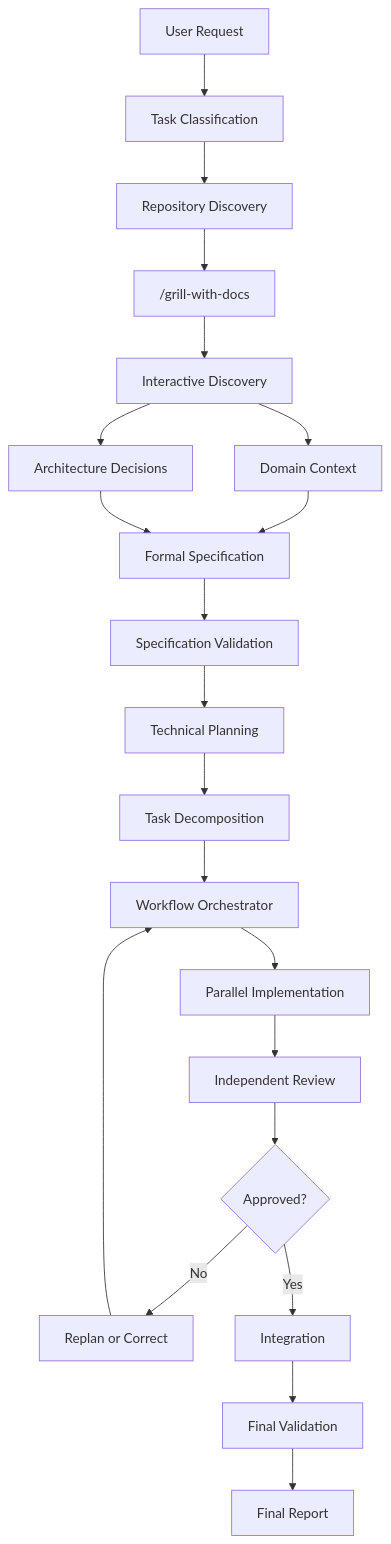
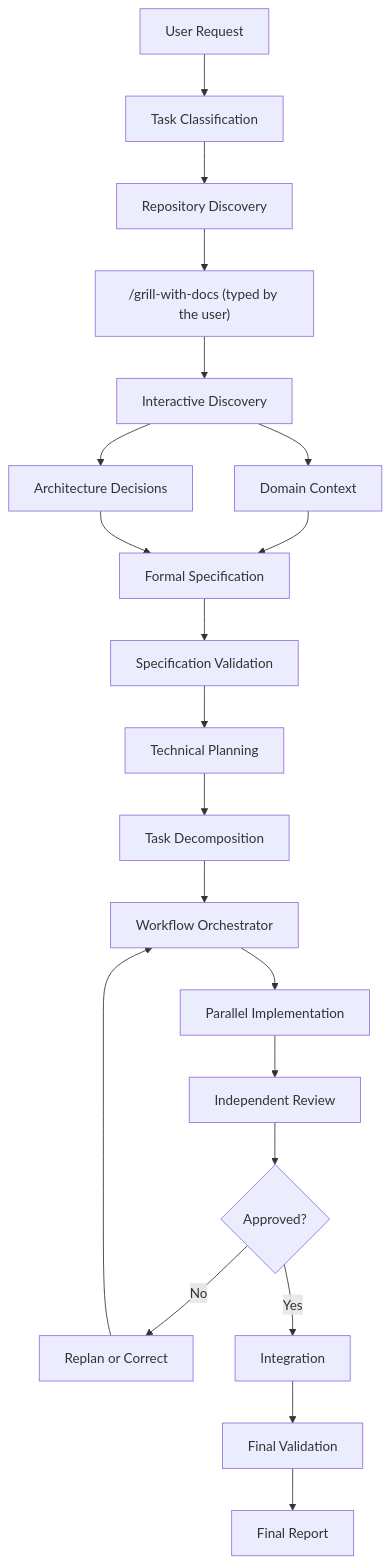
The fourth of 9 diagrams in docs/architecture.md (leoarkiteto/ai-software-factory-kit), drawn with Mermaid before and after one commit. The commit also changed other lines of this file and 39 other files, not shown here.

First line of the commit message:
Phase 2: define contracts, schemas and config model

````diff
--- a/docs/architecture.md
+++ b/docs/architecture.md
@@ -305,32 +305,32 @@
 ```mermaid
 flowchart TD
     A[User Request] --> B[Task Classification]
     B --> C[Repository Discovery]
 
-    C --> D["/grill-with-docs"]
+    C --> D["/grill-with-docs (typed by the user)"]
     D --> E[Interactive Discovery]
 
     E --> F[Domain Context]
     E --> G[Architecture Decisions]
 
     F --> H[Formal Specification]
     G --> H
 
     H --> I[Specification Validation]
     I --> J[Technical Planning]
     J --> K[Task Decomposition]
 
     K --> L[Workflow Orchestrator]
 
     L --> M[Parallel Implementation]
     M --> N[Independent Review]
 
     N --> O{Approved?}
 
     O -->|No| P[Replan or Correct]
     P --> L
 
     O -->|Yes| Q[Integration]
     Q --> R[Final Validation]
     R --> S[Final Report]
 ```
````
